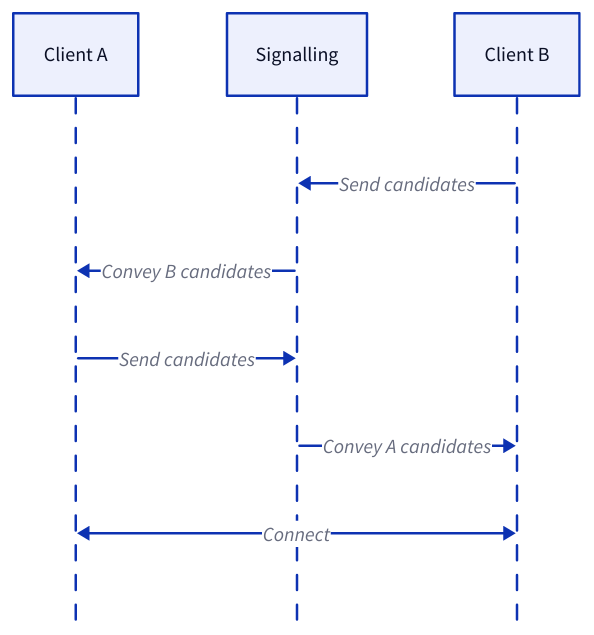
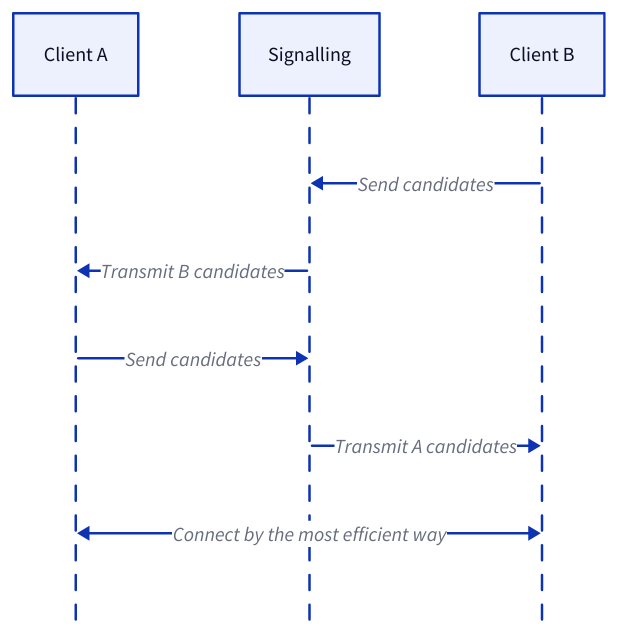
One commit to link1905/system-design-101 changed the seventh of 8 diagrams in content/docs/web-service/communication-protocols/streaming-prototols.md. Above: the diagram before and after it, drawn with D2. The commit also changed other lines of this file and 14 other files, not shown here.

````diff
--- a/content/docs/web-service/communication-protocols/streaming-prototols.md
+++ b/content/docs/web-service/communication-protocols/streaming-prototols.md
@@ -202,16 +202,16 @@
 ```d2
 shape: sequence_diagram
 
 ca: Client A {
     class: client
 }
 s: Signalling
 cb: Client B {
     class: client
 }
 cb -> s: Send candidates
-s -> ca: Convey B candidates
+s -> ca: Transmit B candidates
 ca -> s: Send candidates
-s -> cb: Convey A candidates
-ca <-> cb: Connect
+s -> cb: Transmit A candidates
+ca <-> cb: Connect by the most efficient way
 ```
````
